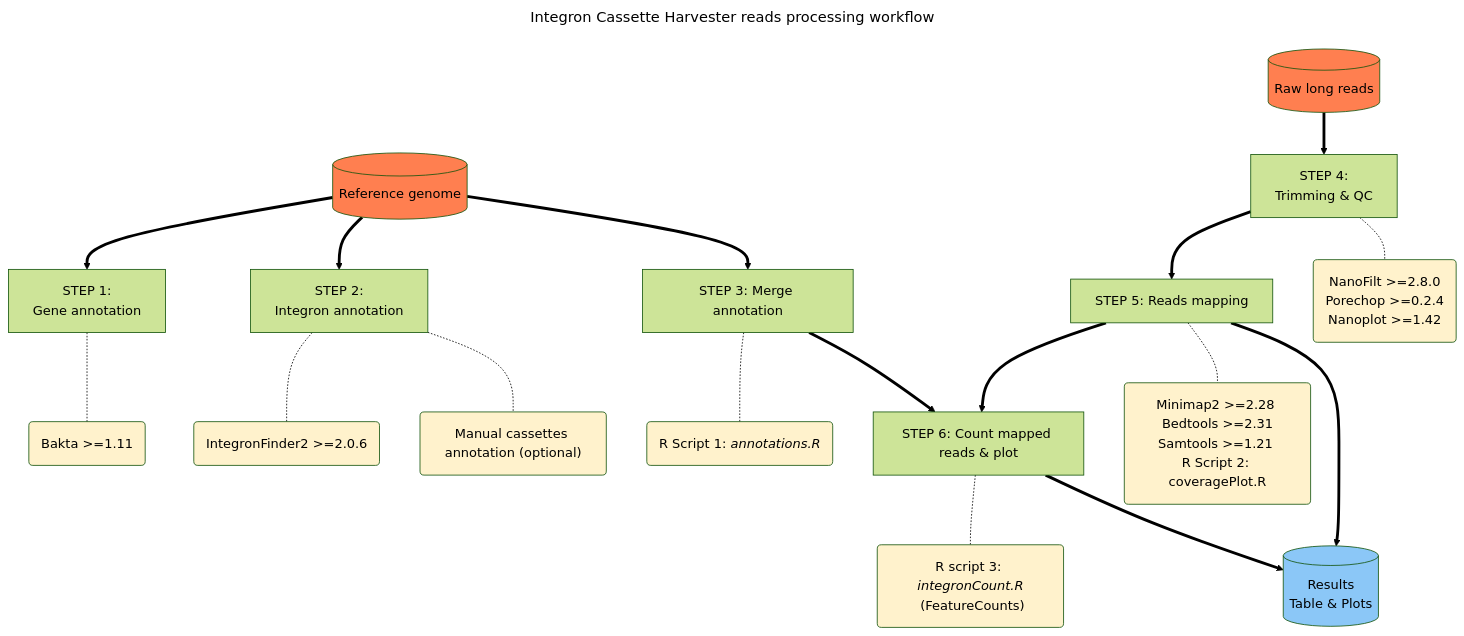
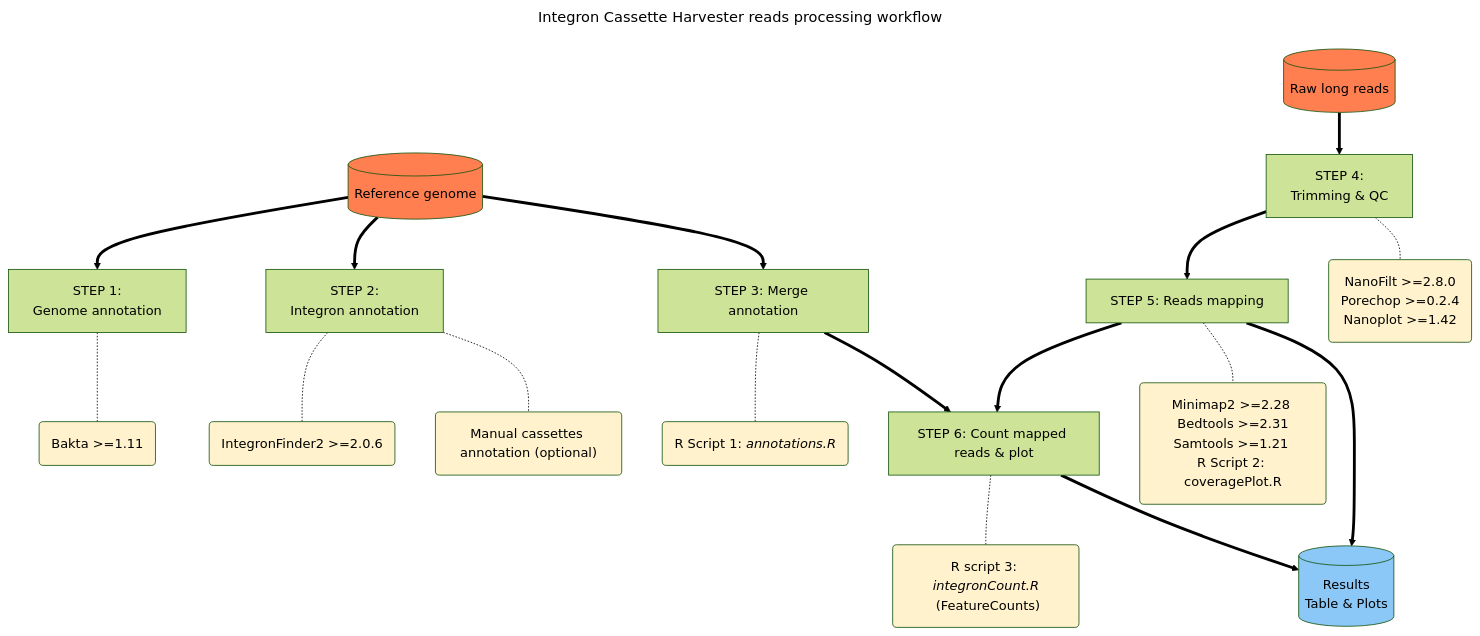
One commit to mredrejo/cassette_harvester changed the diagram in README.md. Above: the diagram before and after it, drawn with Mermaid. The commit also changed other lines of this file, not shown here.

````diff
--- a/README.md
+++ b/README.md
@@ -12,35 +12,35 @@
 ```mermaid
 ---
 title: Integron Cassette Harvester reads processing workflow
 config:
   theme: forest
 ---
 flowchart TD
-A[(Reference genome)] ==> B[STEP 1: <br>Gene annotation]
+A[(Reference genome)] ==> B[STEP 1: <br>Genome annotation]
 B -.- B1(Bakta >=1.11)
 A ==> C[STEP 2: <br>Integron annotation]
 C -.- C1(IntegronFinder2 >=2.0.6)
 C -.- C2("Manual cassettes annotation (optional)")
 A ==> D[STEP 3: Merge annotation]
 D -.- D1(R Script 1: <i>annotations.R)
 E[(Raw long reads)] ==> F[STEP 4: <br>Trimming & QC]
 F ==> G[STEP 5: Reads mapping]
 F -.- F1(NanoFilt >=2.8.0<br> Porechop >=0.2.4 <br>Nanoplot >=1.42)
 D ==> H
 G ==> H[STEP 6: Count mapped reads & plot]
 G -.- G1(Minimap2 >=2.28 <br> Bedtools >=2.31 <br>Samtools >=1.21 <br>R Script 2: coveragePlot.R)
 H -.- H1("R script 3: <i>integronCount.R</i><br> (FeatureCounts)") 
 H ==> I[(Results <br> Table & Plots)]
 G ==> I
  
 style A fill:coral
 style C1 fill:#FFF2cc
 style B1 fill:#FFF2cc
 style C2 fill:#FFF2cc
 style D1 fill:#FFF2cc
 style F1 fill:#FFF2cc
 style G1 fill:#FFF2cc
 style H1 fill:#FFF2cc
 style E fill:coral
 style I fill:#8BC7F7
 ```
````
